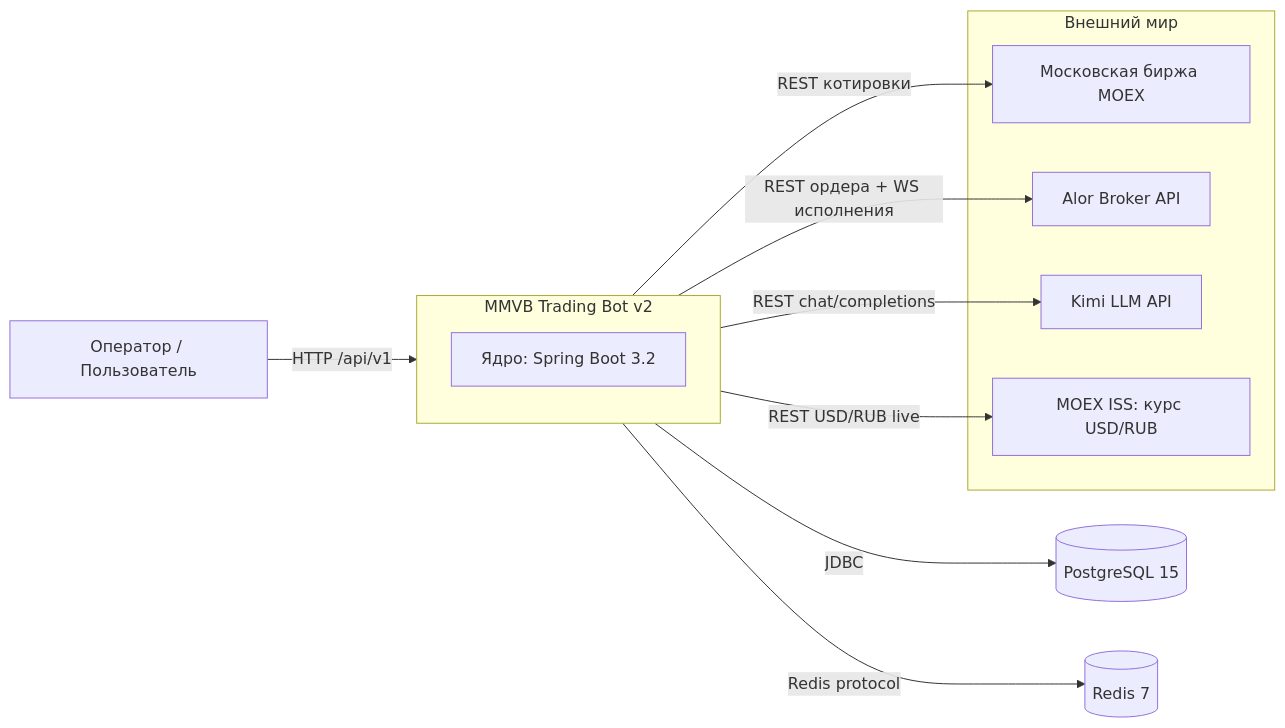
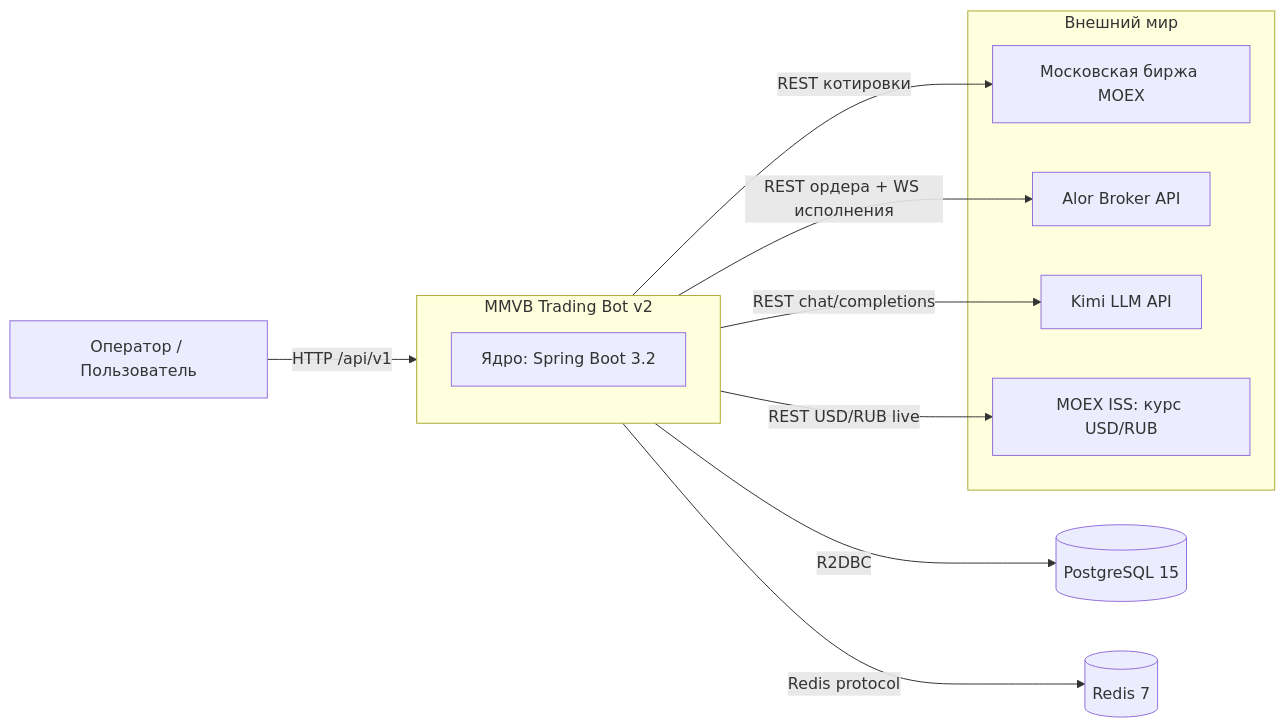
Before and after one commit to dmitry0923/trading-bot: the first of 6 diagrams in docs/02-architecture.md, drawn with Mermaid. The commit also changed other lines of this file and 49 other files, not shown here.

````diff
--- a/docs/02-architecture.md
+++ b/docs/02-architecture.md
@@ -7,22 +7,22 @@
 ```mermaid
 flowchart LR
     subgraph Внешний мир
         MOEX[Московская биржа MOEX]
         ALOR[Alor Broker API]
         KIMI[Kimi LLM API]
         CBR[MOEX ISS: курс USD/RUB]
     end
 
     USER[Оператор / Пользователь] -->|HTTP /api/v1| BOT
 
     subgraph BOT[MMVB Trading Bot v2]
         CORE[Ядро: Spring Boot 3.2]
     end
 
     BOT -->|REST котировки| MOEX
     BOT -->|REST ордера + WS исполнения| ALOR
     BOT -->|REST chat/completions| KIMI
     BOT -->|REST USD/RUB live| CBR
-    BOT -->|JDBC| PG[(PostgreSQL 15)]
+    BOT -->|R2DBC| PG[(PostgreSQL 15)]
     BOT -->|Redis protocol| RD[(Redis 7)]
 ```
````
